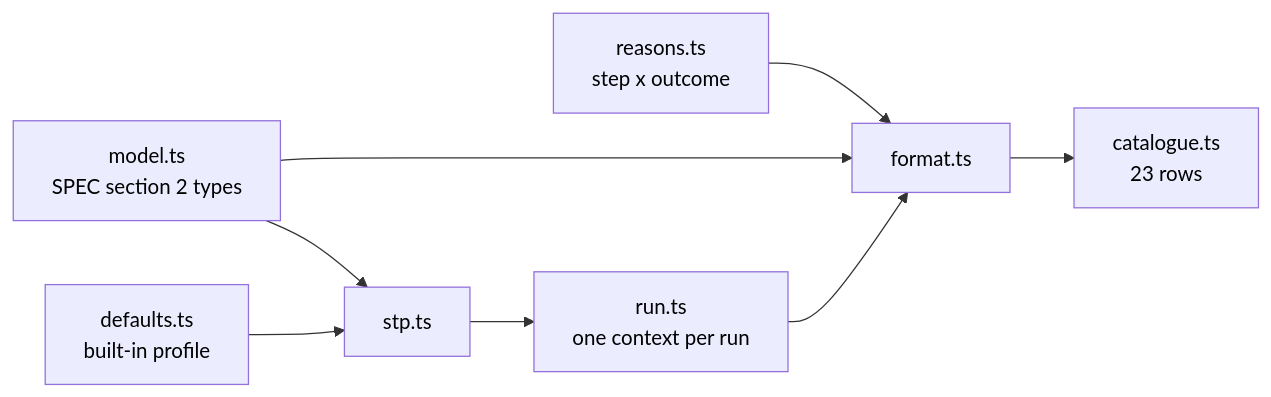
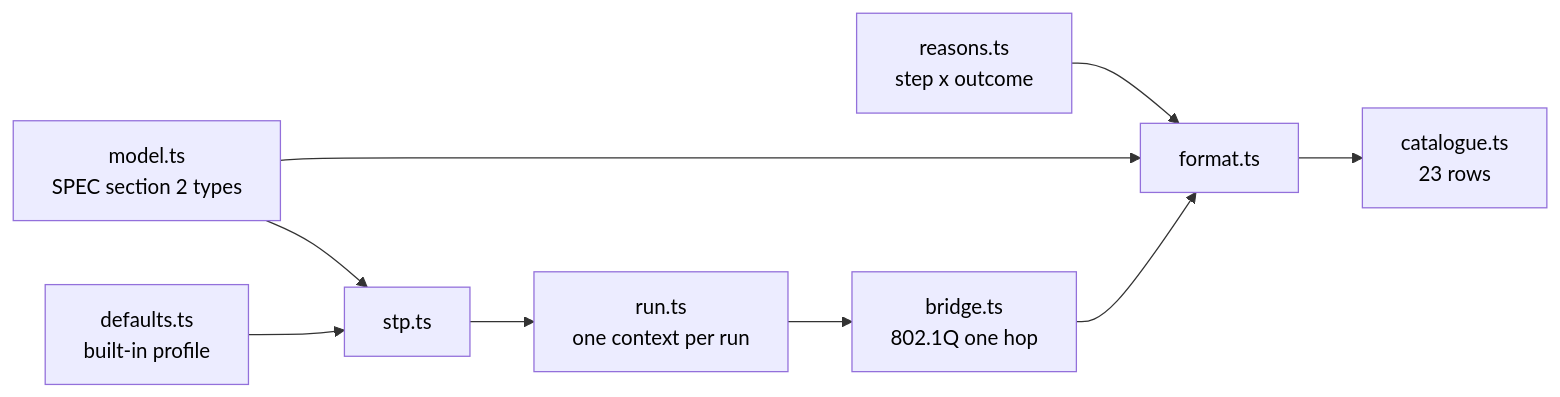
Before and after one commit to alanfong93/network-sandbox: the first of 3 diagrams in docs/architecture.md, drawn with Mermaid. The commit also changed other lines of this file and 5 other files, not shown here.

````diff
--- a/docs/architecture.md
+++ b/docs/architecture.md
@@ -13,17 +11,19 @@
 ```mermaid
 flowchart LR
     M[model.ts<br>SPEC section 2 types] --> F[format.ts]
     R[reasons.ts<br>step x outcome] --> F
     F --> C[catalogue.ts<br>23 rows]
     D[defaults.ts<br>built-in profile] --> S[stp.ts]
     M --> S
     S --> U[run.ts<br>one context per run]
-    U --> F
+    U --> B[bridge.ts<br>802.1Q one hop]
+    B --> F
     style M color:#000
     style R color:#000
     style F color:#000
     style C color:#000
     style D color:#000
     style S color:#000
     style U color:#000
+    style B color:#000
 ```
````
